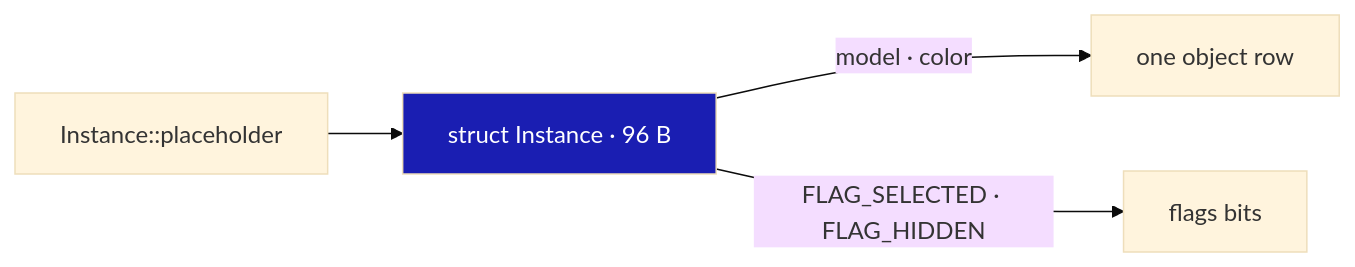
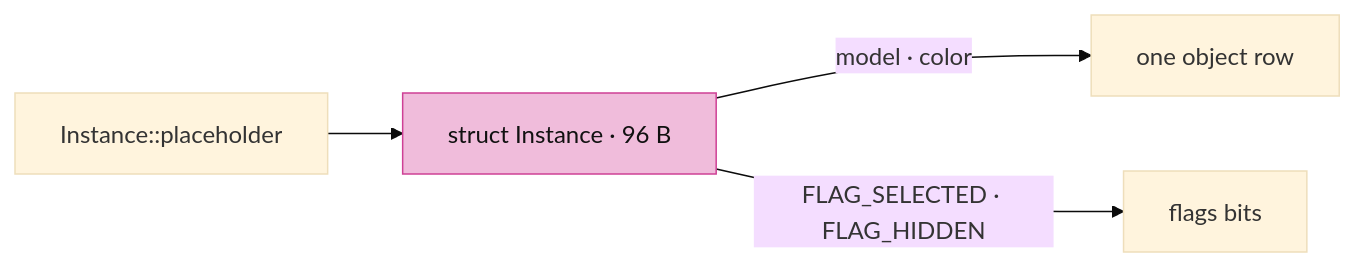
The second of 6 diagrams in session_viewer/docs/03-identity.md (petrasvestartas/session), drawn with Mermaid (base theme) before and after one commit. The commit also changed other lines of this file and 23 other files, not shown here.

Commit message:
Course: Mermaid nodes white with black text, highlighted nodes pink, white arrows and edge labels on the black ground

````diff
--- a/session_viewer/docs/03-identity.md
+++ b/session_viewer/docs/03-identity.md
@@ -29,7 +29,7 @@
 ```mermaid
 flowchart LR
     I["struct Instance · 96 B"] -- "model · color" --> R["one object row"]
     I -- "FLAG_SELECTED · FLAG_HIDDEN" --> F["flags bits"]
     P["Instance::placeholder"] --> I
-    style I fill:#1a1eb2,color:#fff
+    style I fill:#f0bcdb,stroke:#ce4095,color:#111
 ```
````
